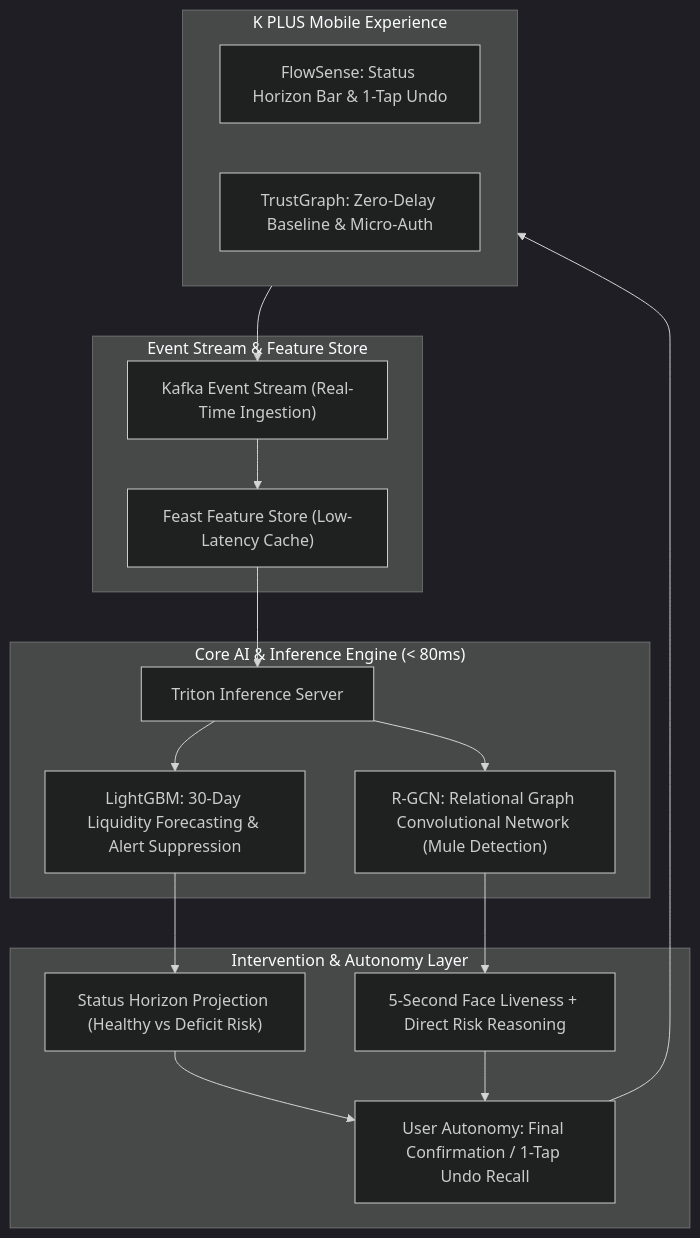
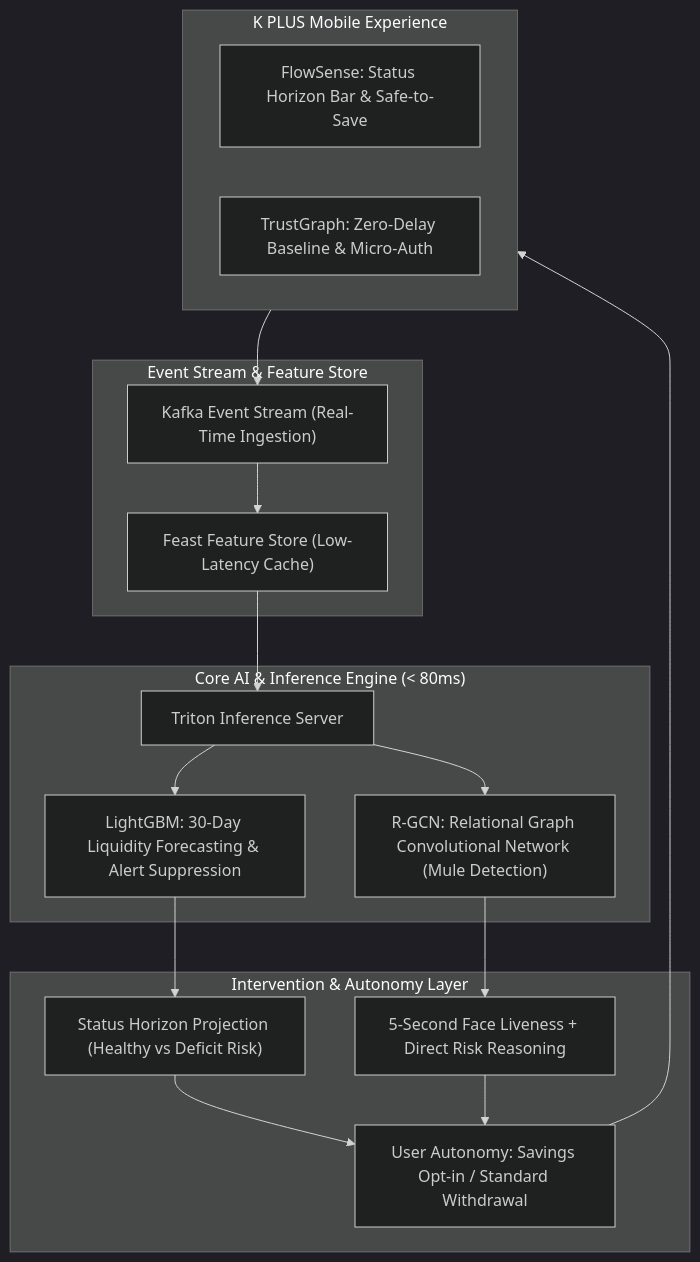
One commit to svkhun/k-flowsense-trustgraph changed the diagram in README.md. Above: the diagram before and after it, drawn with Mermaid (dark theme). The commit also changed other lines of this file and 23 other files, not shown here.

Commit message:
Make FlowSense savings opt-in with standard withdrawals

````diff
--- a/README.md
+++ b/README.md
@@ -37,33 +37,33 @@
 ```mermaid
 flowchart TD
     subgraph KPLUS["K PLUS Mobile Experience"]
-        FS_UI["FlowSense: Status Horizon Bar & 1-Tap Undo"]
+        FS_UI["FlowSense: Status Horizon Bar & Safe-to-Save"]
         TG_UI["TrustGraph: Zero-Delay Baseline & Micro-Auth"]
     end
 
     subgraph INGEST["Event Stream & Feature Store"]
         Kafka["Kafka Event Stream (Real-Time Ingestion)"]
         Feast["Feast Feature Store (Low-Latency Cache)"]
     end
 
     subgraph ENGINE["Core AI & Inference Engine (< 80ms)"]
         Triton["Triton Inference Server"]
         LGBM["LightGBM: 30-Day Liquidity Forecasting & Alert Suppression"]
         RGCN["R-GCN: Relational Graph Convolutional Network (Mule Detection)"]
     end
 
     subgraph DECISION["Intervention & Autonomy Layer"]
         Horizon["Status Horizon Projection (Healthy vs Deficit Risk)"]
         MicroAuth["5-Second Face Liveness + Direct Risk Reasoning"]
-        Autonomy["User Autonomy: Final Confirmation / 1-Tap Undo Recall"]
+        Autonomy["User Autonomy: Savings Opt-in / Standard Withdrawal"]
     end
 
     KPLUS --> Kafka
     Kafka --> Feast
     Feast --> Triton
     Triton --> LGBM & RGCN
     LGBM --> Horizon
     RGCN --> MicroAuth
     Horizon & MicroAuth --> Autonomy
     Autonomy --> KPLUS
 ```
````
